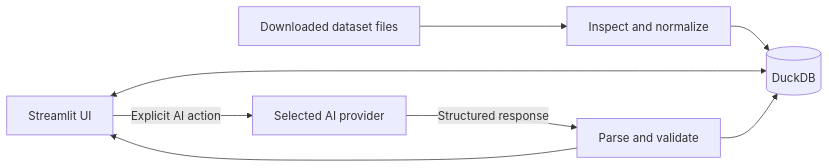
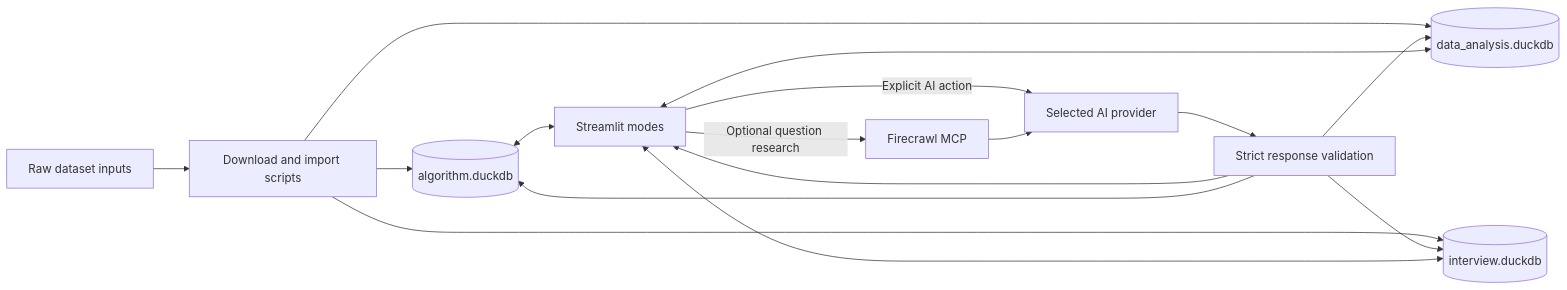
The diagram in docs/TECHNICAL_REFERENCE.md (pypi-ahmad/Coding-Tutor), drawn with Mermaid before and after one commit. The commit also changed other lines of this file and 11 other files, not shown here.

````diff
--- a/docs/TECHNICAL_REFERENCE.md
+++ b/docs/TECHNICAL_REFERENCE.md
@@ -13,10 +13,18 @@
 ```mermaid
 flowchart LR
-    Sources[Downloaded dataset files] --> Import[Inspect and normalize]
-    Import --> DB[(DuckDB)]
-    UI[Streamlit UI] <--> DB
+    Raw[Raw dataset inputs] --> Import[Download and import scripts]
+    Import --> Algorithm[(algorithm.duckdb)]
+    Import --> Analysis[(data_analysis.duckdb)]
+    Import --> Interview[(interview.duckdb)]
+    Algorithm <--> UI[Streamlit modes]
+    Analysis <--> UI
+    Interview <--> UI
     UI -->|Explicit AI action| Provider[Selected AI provider]
-    Provider -->|Structured response| Validate[Parse and validate]
+    UI -->|Optional question research| Firecrawl[Firecrawl MCP]
+    Firecrawl --> Provider
+    Provider --> Validate[Strict response validation]
     Validate --> UI
-    Validate --> DB
+    Validate --> Algorithm
+    Validate --> Analysis
+    Validate --> Interview
 ```
````
